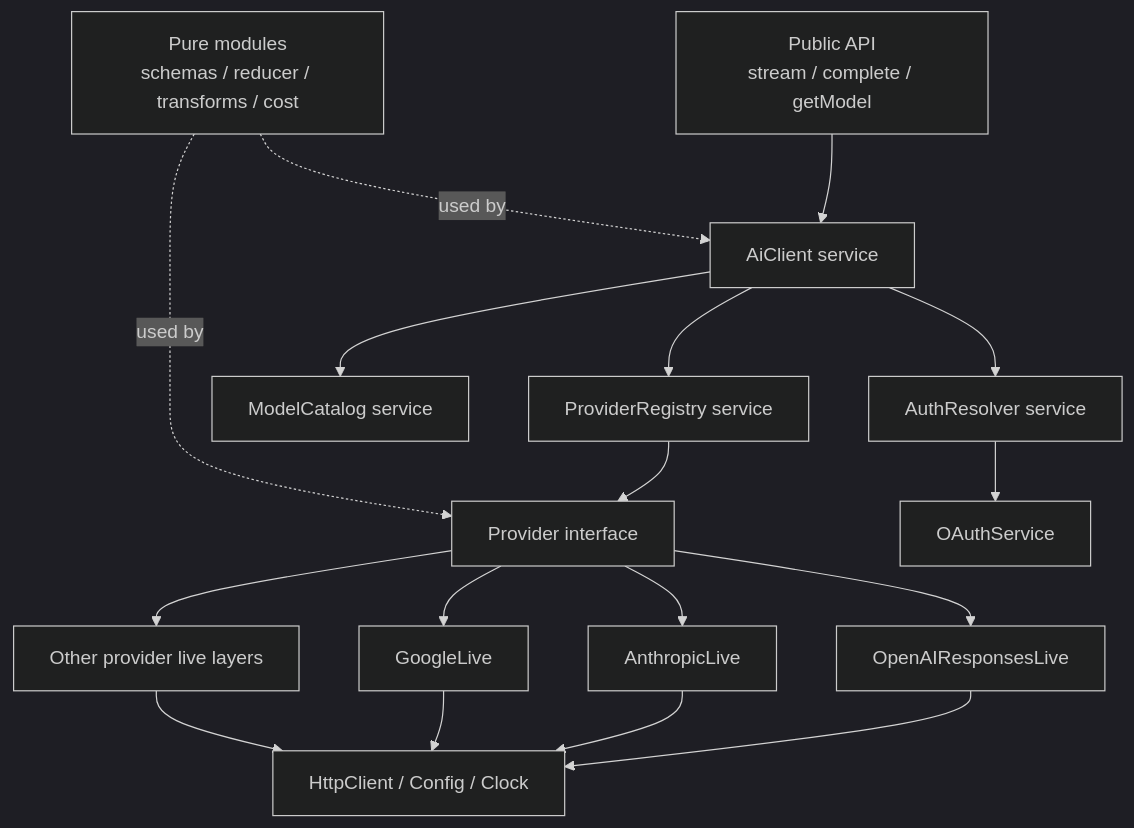
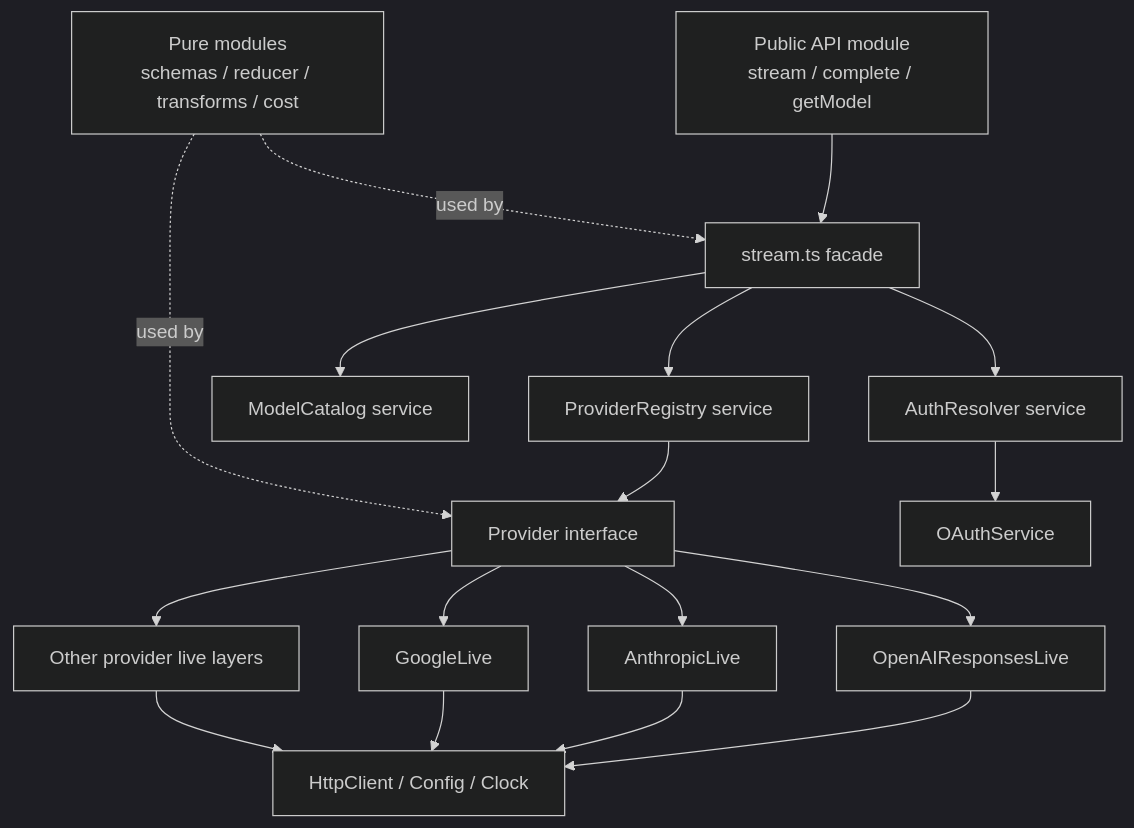
Before and after one commit to jeremyosih/pi-effect: the diagram in TODO.md, drawn with Mermaid (dark theme). The commit also changed other lines of this file and 5 other files, not shown here.

````diff
--- a/TODO.md
+++ b/TODO.md
@@ -263,24 +266,24 @@
 ```mermaid
 flowchart TD
-  A["Public API\nstream / complete / getModel"] --> B["AiClient service"]
+  A["Public API module\nstream / complete / getModel"] --> B["stream.ts facade"]
 
   B --> C["ProviderRegistry service"]
   B --> D["ModelCatalog service"]
   B --> E["AuthResolver service"]
 
   C --> F["Provider interface"]
   F --> G["OpenAIResponsesLive"]
   F --> H["AnthropicLive"]
   F --> I["GoogleLive"]
   F --> J["Other provider live layers"]
 
   E --> K["OAuthService"]
 
   G --> L["HttpClient / Config / Clock"]
   H --> L
   I --> L
   J --> L
 
   M["Pure modules\nschemas / reducer / transforms / cost"] -.used by.-> B
   M -.used by.-> F
 ```
````
